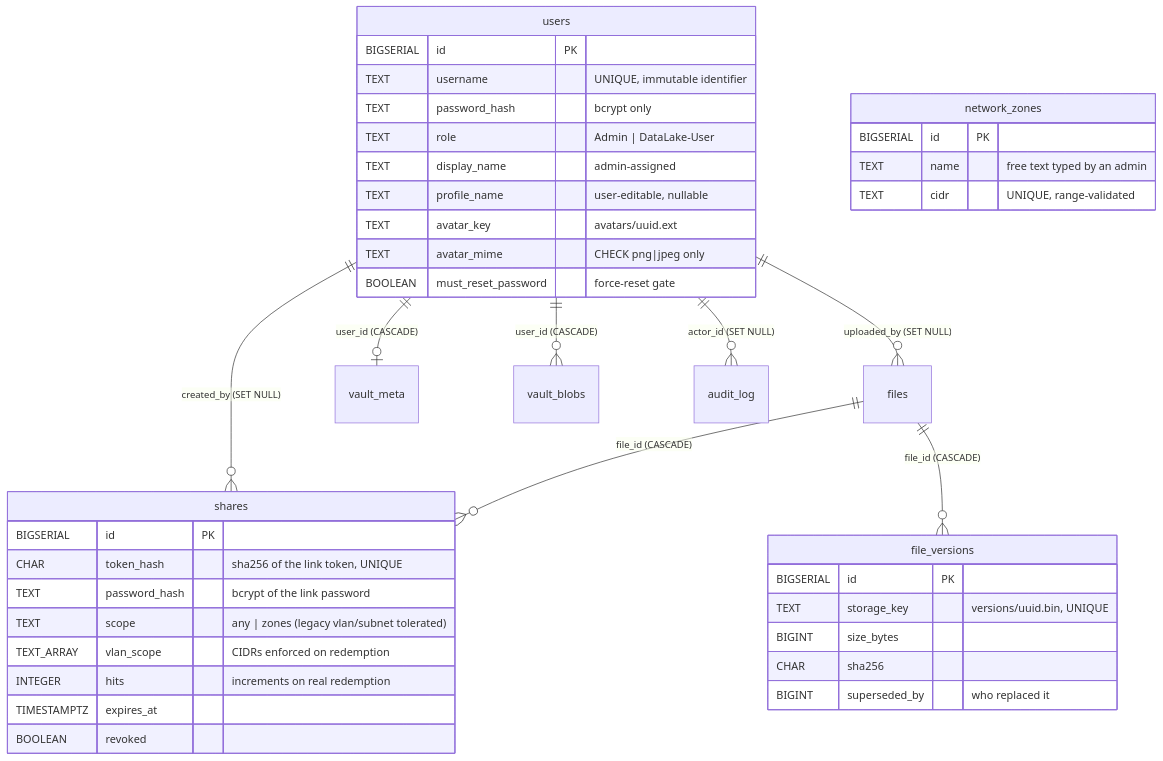
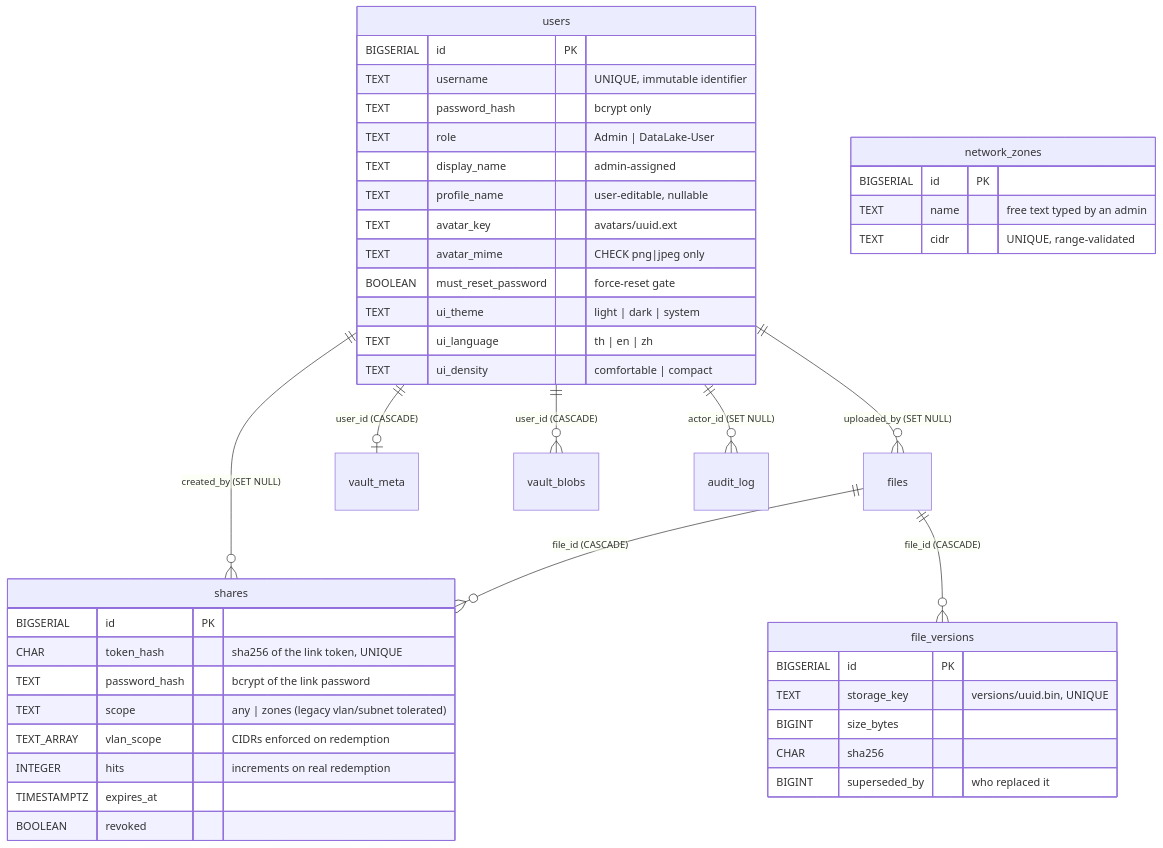
Before and after one commit to kraveerachat/Project-End-The-AEGIS: the second of 2 diagrams in Obsidian_AEGIS_Vault/AEGIS_Knowledge/idea1/idea1-status.md, drawn with Mermaid. The commit also changed other lines of this file and 24 other files, not shown here.

````diff
--- a/Obsidian_AEGIS_Vault/AEGIS_Knowledge/idea1/idea1-status.md
+++ b/Obsidian_AEGIS_Vault/AEGIS_Knowledge/idea1/idea1-status.md
@@ -186,44 +195,47 @@
 ```mermaid
 erDiagram
     users ||--o{ files : "uploaded_by (SET NULL)"
     users ||--o{ shares : "created_by (SET NULL)"
     users ||--o| vault_meta : "user_id (CASCADE)"
     users ||--o{ vault_blobs : "user_id (CASCADE)"
     users ||--o{ audit_log : "actor_id (SET NULL)"
     files ||--o{ shares : "file_id (CASCADE)"
     files ||--o{ file_versions : "file_id (CASCADE)"
 
     users {
         BIGSERIAL id PK
         TEXT username "UNIQUE, immutable identifier"
         TEXT password_hash "bcrypt only"
         TEXT role "Admin | DataLake-User"
         TEXT display_name "admin-assigned"
         TEXT profile_name "user-editable, nullable"
         TEXT avatar_key "avatars/uuid.ext"
         TEXT avatar_mime "CHECK png|jpeg only"
         BOOLEAN must_reset_password "force-reset gate"
+        TEXT ui_theme "light | dark | system"
+        TEXT ui_language "th | en | zh"
+        TEXT ui_density "comfortable | compact"
     }
     shares {
         BIGSERIAL id PK
         CHAR token_hash "sha256 of the link token, UNIQUE"
         TEXT password_hash "bcrypt of the link password"
         TEXT scope "any | zones (legacy vlan/subnet tolerated)"
         TEXT_ARRAY vlan_scope "CIDRs enforced on redemption"
         INTEGER hits "increments on real redemption"
         TIMESTAMPTZ expires_at
         BOOLEAN revoked
     }
     file_versions {
         BIGSERIAL id PK
         TEXT storage_key "versions/uuid.bin, UNIQUE"
         BIGINT size_bytes
         CHAR sha256
         BIGINT superseded_by "who replaced it"
     }
     network_zones {
         BIGSERIAL id PK
         TEXT name "free text typed by an admin"
         TEXT cidr "UNIQUE, range-validated"
     }
 ```
````
